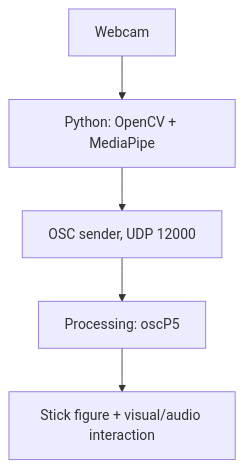
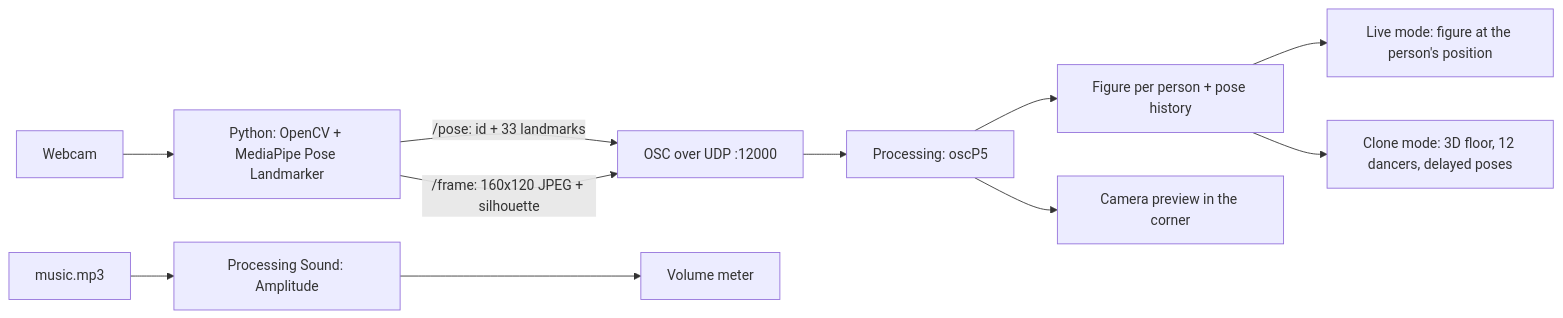
The diagram in docs/architecture.md (mhmdjefr/stick-figure-dance-company), drawn with Mermaid before and after one commit. The commit also changed other lines of this file, not shown here.

Commit message:
docs: add architecture diagram, README, and OSC protocol

````diff
--- a/docs/architecture.md
+++ b/docs/architecture.md
@@ -3,7 +3,12 @@
 ```mermaid
-flowchart TD
-    A[Webcam] --> B[Python: OpenCV + MediaPipe]
-    B --> C[OSC sender, UDP 12000]
+flowchart LR
+    A[Webcam] --> B[Python: OpenCV + MediaPipe Pose Landmarker]
+    B -->|/pose: id + 33 landmarks| C[OSC over UDP :12000]
+    B -->|/frame: 160x120 JPEG + silhouette| C
     C --> D[Processing: oscP5]
-    D --> E[Stick figure + visual/audio interaction]
+    D --> E[Figure per person + pose history]
+    E --> F[Live mode: figure at the person's position]
+    E --> G[Clone mode: 3D floor, 12 dancers, delayed poses]
+    D --> H[Camera preview in the corner]
+    I[music.mp3] --> J[Processing Sound: Amplitude] --> K[Volume meter]
 ```
````
